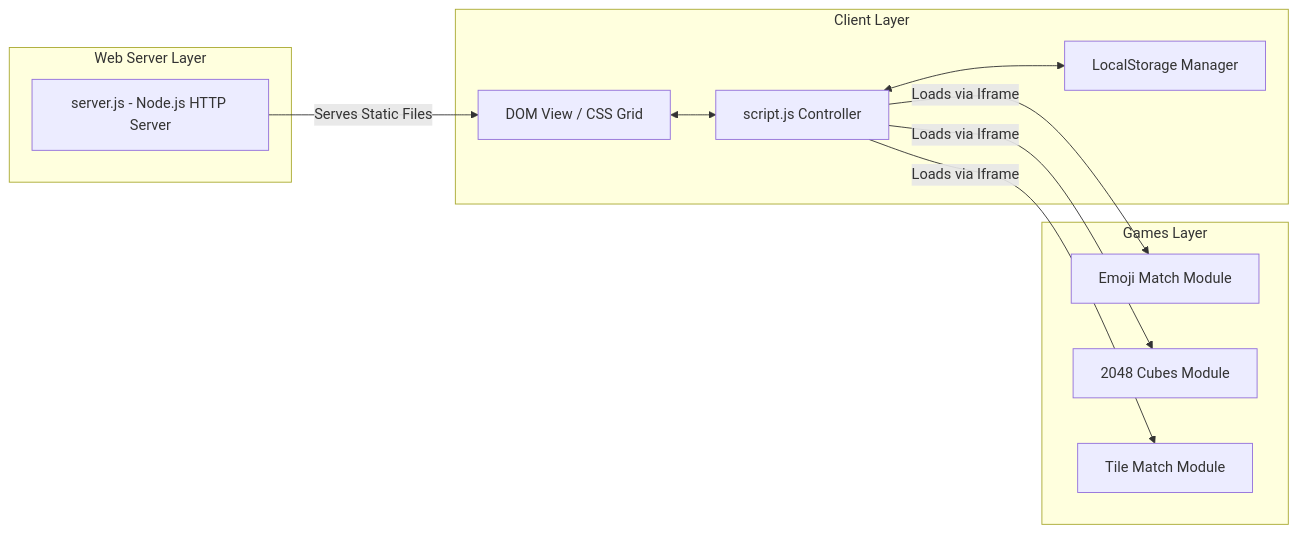
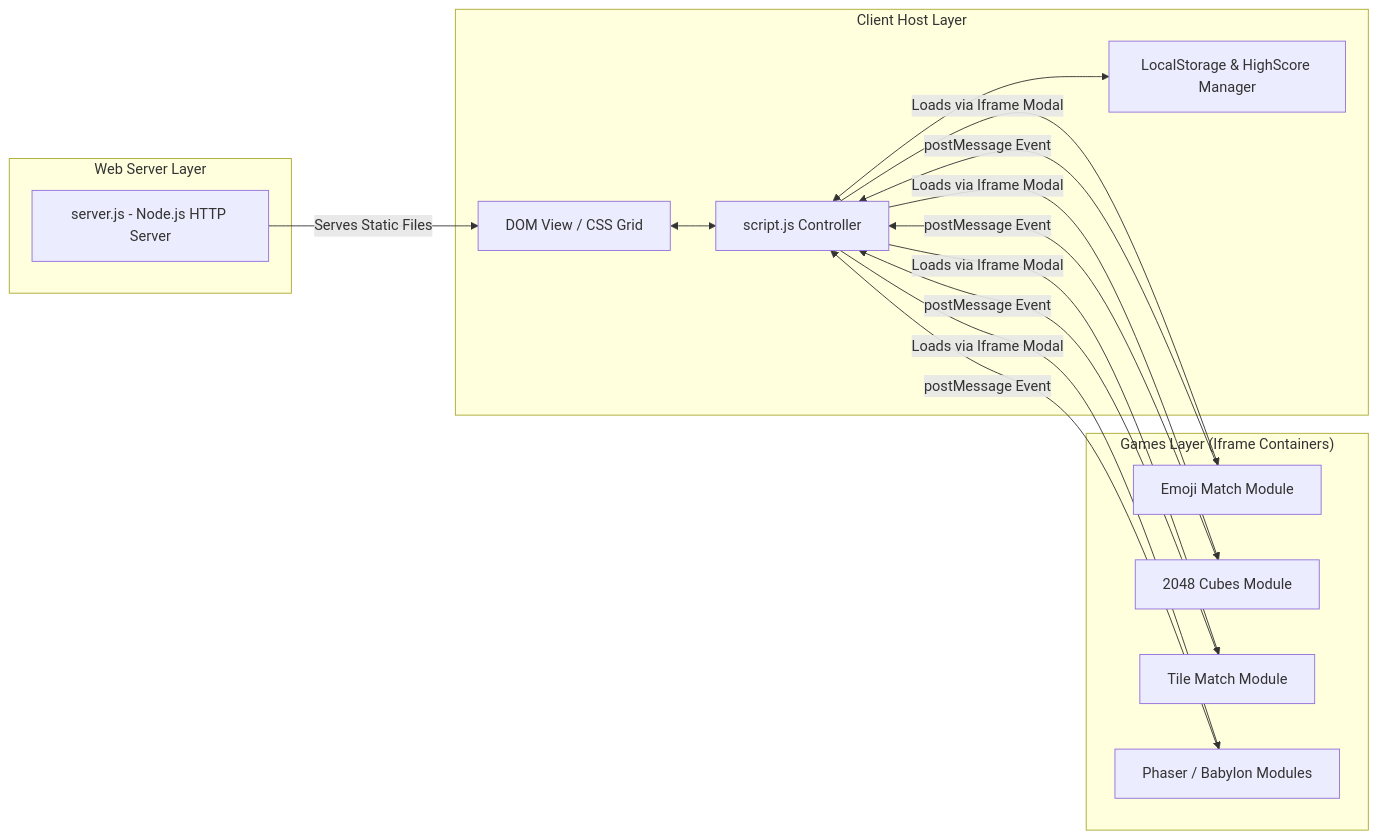
Before and after one commit to nopponaim603/webJS: the diagram in docs/software/01-system-design.md, drawn with Mermaid. The commit also changed other lines of this file and 41 other files, not shown here.

````diff
--- a/docs/software/01-system-design.md
+++ b/docs/software/01-system-design.md
@@ -15,25 +15,31 @@
 ```mermaid
 graph LR
-    subgraph Client Layer
-        UI[DOM View / CSS Grid]
-        Controller[script.js Controller]
-        Storage[LocalStorage Manager]
+    subgraph ClientHostLayer["Client Host Layer"]
+        UI["DOM View / CSS Grid"]
+        Controller["script.js Controller"]
+        Storage["LocalStorage & HighScore Manager"]
     end
 
-    subgraph Games Layer
-        G1[Emoji Match Module]
-        G2[2048 Cubes Module]
-        G3[Tile Match Module]
+    subgraph GamesLayer["Games Layer (Iframe Containers)"]
+        G1["Emoji Match Module"]
+        G2["2048 Cubes Module"]
+        G3["Tile Match Module"]
+        G4["Phaser / Babylon Modules"]
     end
 
-    subgraph Web Server Layer
-        Server[server.js - Node.js HTTP Server]
+    subgraph WebServerLayer["Web Server Layer"]
+        Server["server.js - Node.js HTTP Server"]
     end
 
     UI <--> Controller
     Controller <--> Storage
-    Controller -->|Loads via Iframe| G1
-    Controller -->|Loads via Iframe| G2
-    Controller -->|Loads via Iframe| G3
+    G1 -- postMessage Event --> Controller
+    G2 -- postMessage Event --> Controller
+    G3 -- postMessage Event --> Controller
+    G4 -- postMessage Event --> Controller
+    Controller -->|Loads via Iframe Modal| G1
+    Controller -->|Loads via Iframe Modal| G2
+    Controller -->|Loads via Iframe Modal| G3
+    Controller -->|Loads via Iframe Modal| G4
     Server -->|Serves Static Files| UI
 ```
````
